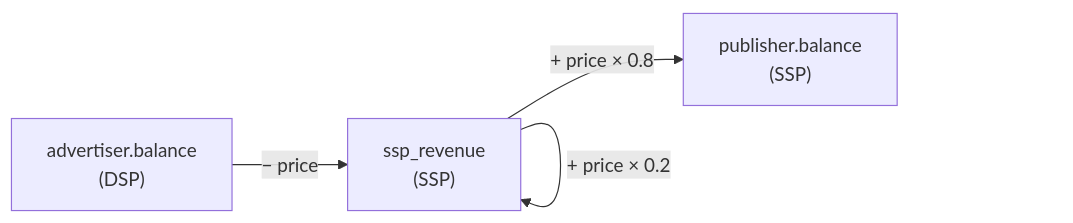
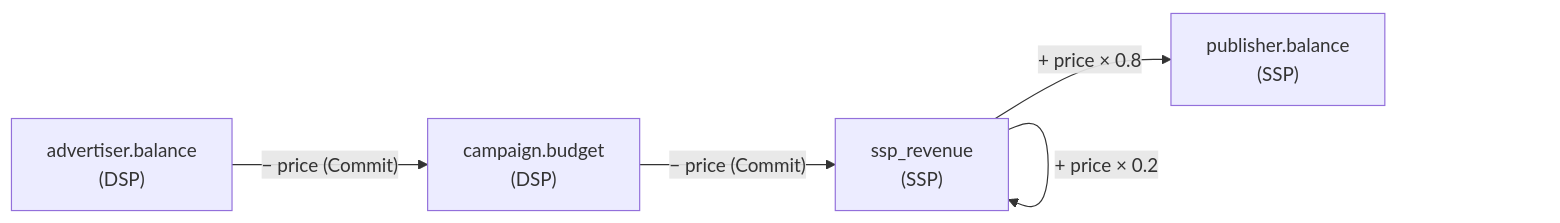
Before and after one commit to 7cout/minissp: the second of 2 diagrams in docs/architecture/mvp-scenario.md, drawn with Mermaid. The commit also changed other lines of this file and 2 other files, not shown here.

````diff
--- a/docs/architecture/mvp-scenario.md
+++ b/docs/architecture/mvp-scenario.md
@@ -69,10 +93,12 @@
 ```mermaid
 flowchart LR
     Adv["advertiser.balance<br/>(DSP)"]
+    Camp["campaign.budget<br/>(DSP)"]
     Rev["ssp_revenue<br/>(SSP)"]
     Pub["publisher.balance<br/>(SSP)"]
 
-    Adv -->|"− price"| Rev
+    Adv -->|"− price (Commit)"| Camp
+    Camp -->|"− price (Commit)"| Rev
     Rev -->|"+ price × 0.8"| Pub
     Rev -->|"+ price × 0.2"| Rev
 ```
````
